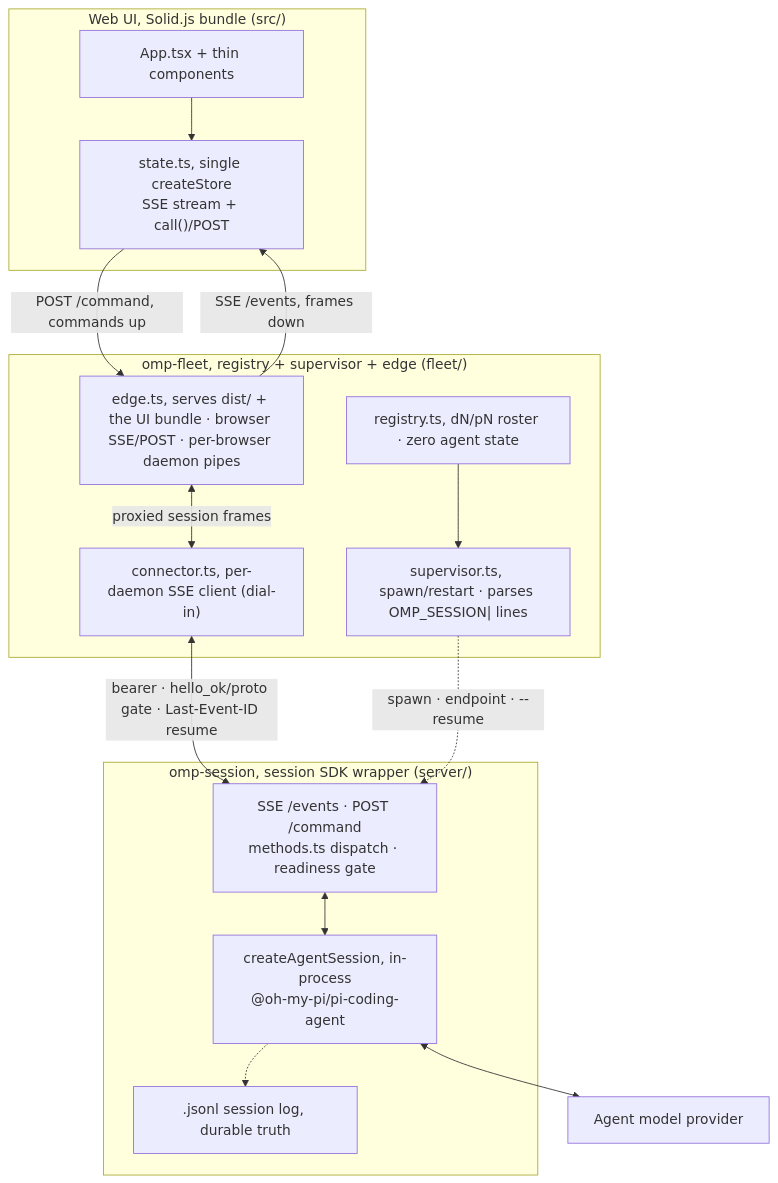
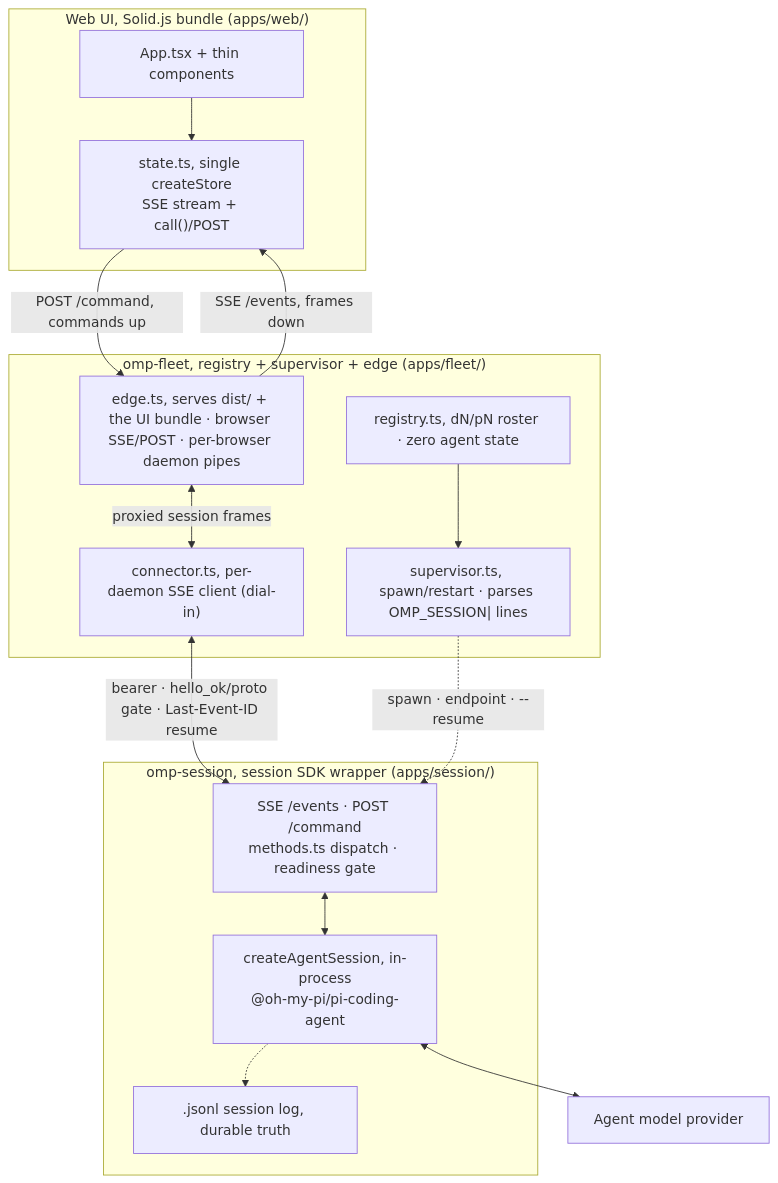
One commit to nibblebot/omp-web changed the diagram in docs/architecture.md. Above: the diagram before and after it, drawn with Mermaid. The commit also changed other lines of this file and 615 other files, not shown here.

````diff
--- a/docs/architecture.md
+++ b/docs/architecture.md
@@ -19,33 +19,33 @@
 ```mermaid
 flowchart TB
-  subgraph web["Web UI, Solid.js bundle (src/)"]
+  subgraph web["Web UI, Solid.js bundle (apps/web/)"]
     store["state.ts, single createStore<br/>SSE stream + call()/POST"]
     ui["App.tsx + thin components"]
   end
 
-  subgraph fleet["omp-fleet, registry + supervisor + edge (fleet/)"]
+  subgraph fleet["omp-fleet, registry + supervisor + edge (apps/fleet/)"]
     edge["edge.ts, serves dist/ + the UI bundle · browser SSE/POST · per-browser daemon pipes"]
     conn["connector.ts, per-daemon SSE client (dial-in)"]
     super["supervisor.ts, spawn/restart · parses OMP_SESSION| lines"]
     reg["registry.ts, dN/pN roster · zero agent state"]
   end
 
-  subgraph sdk["omp-session, session SDK wrapper (server/)"]
+  subgraph sdk["omp-session, session SDK wrapper (apps/session/)"]
     daemon["SSE /events · POST /command<br/>methods.ts dispatch · readiness gate"]
     wrap["createAgentSession, in-process<br/>@oh-my-pi/pi-coding-agent"]
     log[".jsonl session log, durable truth"]
   end
 
   model["Agent model provider"]
 
   ui --> store
   store -->|"POST /command, commands up"| edge
   edge -->|"SSE /events, frames down"| store
   edge <-->|"proxied session frames"| conn
   conn <-->|"bearer · hello_ok/proto gate · Last-Event-ID resume"| daemon
   super -. "spawn · endpoint · --resume" .-> daemon
   reg --> super
   daemon <--> wrap
   wrap <--> model
   wrap -.-> log
 ```
````
